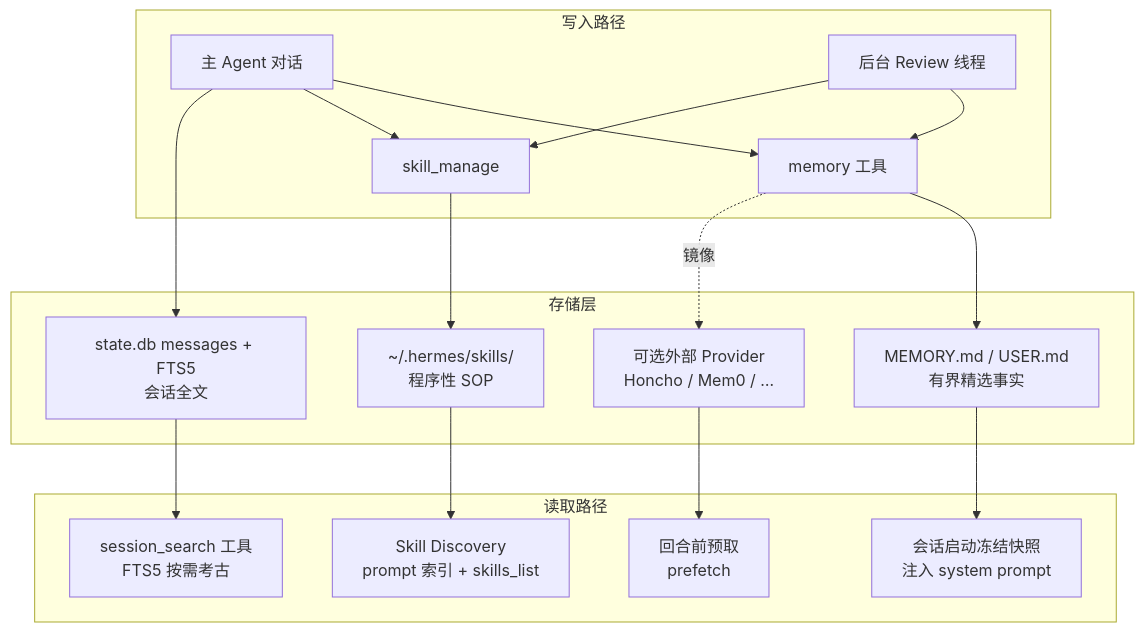
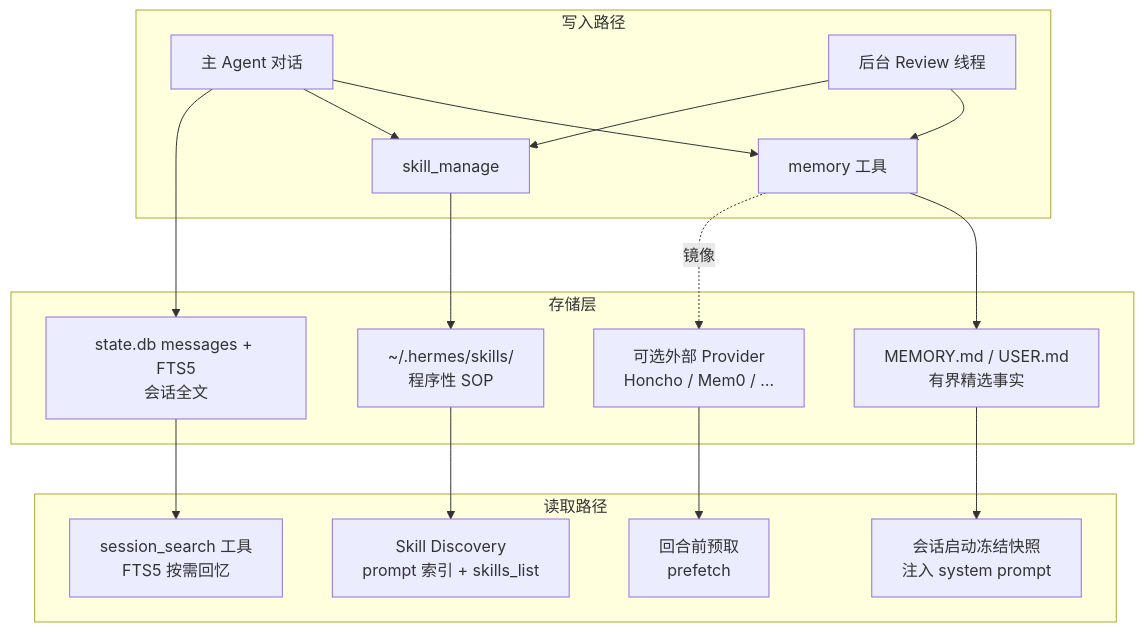
One commit to wolf-wolf/ai-tell-ai changed the first of 3 diagrams in docs/latest/hermes-agent-memory.md. Above: the diagram before and after it, drawn with Mermaid. The commit also changed other lines of this file and 1 other file, not shown here.

````diff
--- a/docs/latest/hermes-agent-memory.md
+++ b/docs/latest/hermes-agent-memory.md
@@ -49,30 +49,30 @@
 ```mermaid
 flowchart TB
   subgraph write [写入路径]
     MAIN[主 Agent 对话]
     BR[后台 Review 线程]
     MAIN --> MT[memory 工具]
     BR --> MT
     BR --> SM[skill_manage]
     MAIN --> SM
   end
   subgraph store [存储层]
     MD[MEMORY.md / USER.md<br/>有界精选事实]
     SK[~/.hermes/skills/<br/>程序性 SOP]
     DB[state.db messages + FTS5<br/>会话全文]
     EXT[可选外部 Provider<br/>Honcho / Mem0 / …]
   end
   subgraph read [读取路径]
     SNAP[会话启动冻结快照<br/>注入 system prompt]
     DISC[Skill Discovery<br/>prompt 索引 + skills_list]
-    SS[session_search 工具<br/>FTS5 按需考古]
+    SS[session_search 工具<br/>FTS5 按需回忆]
     EXT --> PREF[回合前预取<br/>prefetch]
   end
   MT --> MD
   SM --> SK
   MAIN --> DB
   MD --> SNAP
   SK --> DISC
   DB --> SS
   MT -.镜像.-> EXT
 ```
````
